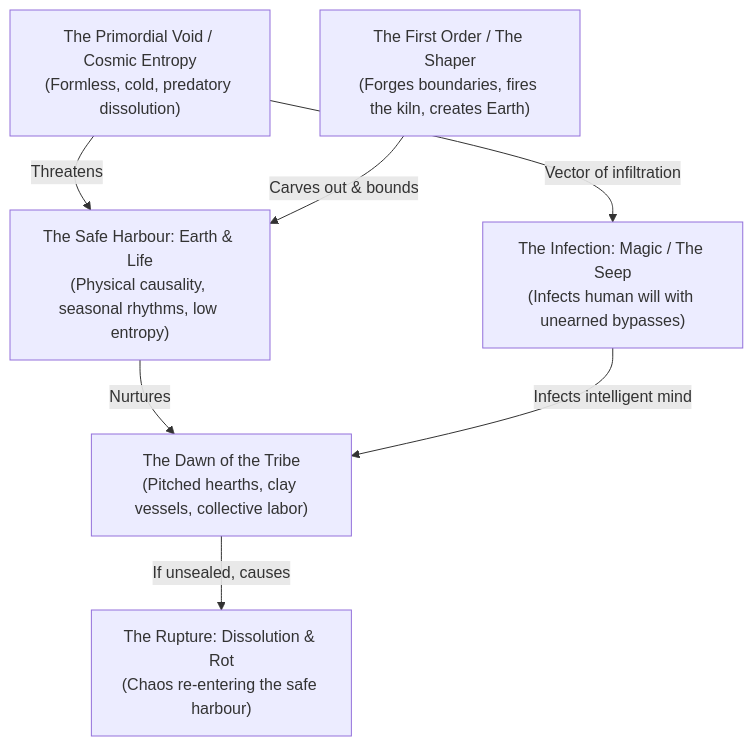
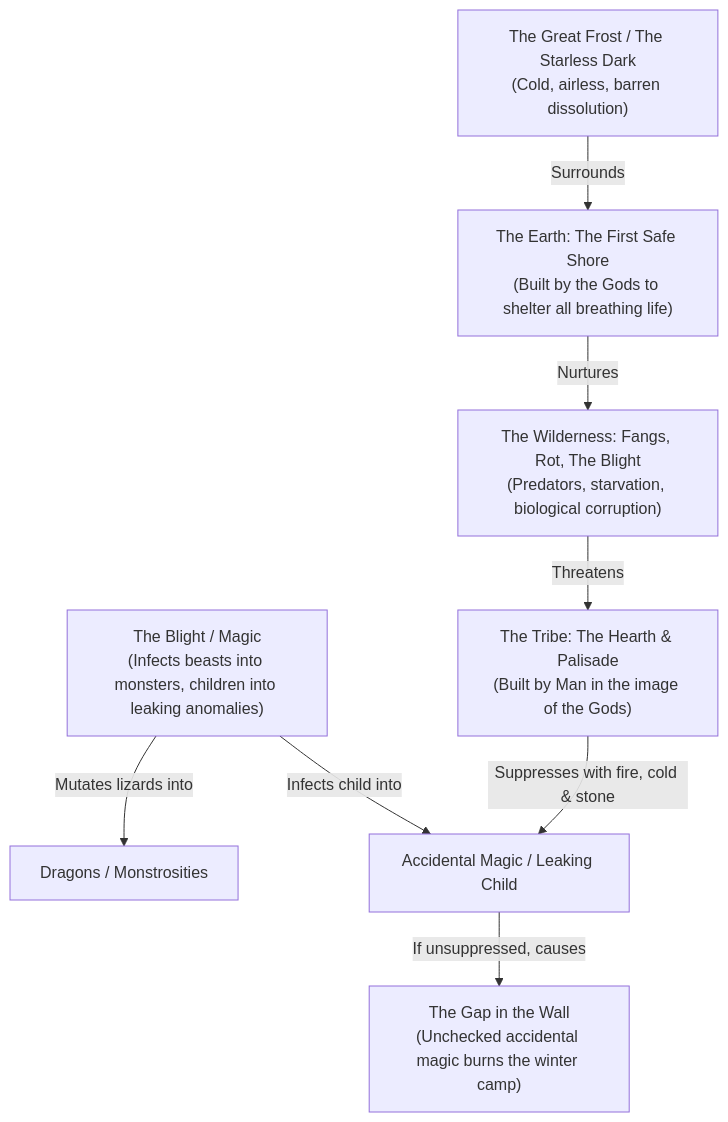
Before and after one commit to ImmortalWiz/wbc-library: the diagram in 01_theological_compendium/vesselist_doctrine/notes/pillar_01_mythos.md, drawn with Mermaid. The commit also changed other lines of this file, not shown here.

Commit message:
docs(theology): refine Pillar 1 Mythos with tribal vocabulary, nested sanctuaries, and accidental magic

````diff
--- a/01_theological_compendium/vesselist_doctrine/notes/pillar_01_mythos.md
+++ b/01_theological_compendium/vesselist_doctrine/notes/pillar_01_mythos.md
@@ -55,16 +40,17 @@
 ```mermaid
 flowchart TD
-    Chaos["The Primordial Void / Cosmic Entropy\n(Formless, cold, predatory dissolution)"]
-    Shaper["The First Order / The Shaper\n(Forges boundaries, fires the kiln, creates Earth)"]
-    Earth["The Safe Harbour: Earth & Life\n(Physical causality, seasonal rhythms, low entropy)"]
-    Tribe["The Dawn of the Tribe\n(Pitched hearths, clay vessels, collective labor)"]
-    Magic["The Infection: Magic / The Seep\n(Infects human will with unearned bypasses)"]
-    Rupture["The Rupture: Dissolution & Rot\n(Chaos re-entering the safe harbour)"]
+    Void["The Great Frost / The Starless Dark\n(Cold, airless, barren dissolution)"]
+    Earth["The Earth: The First Safe Shore\n(Built by the Gods to shelter all breathing life)"]
+    Wild["The Wilderness: Fangs, Rot, The Blight\n(Predators, starvation, biological corruption)"]
+    Tribe["The Tribe: The Hearth & Palisade\n(Built by Man in the image of the Gods)"]
+    Blight["The Blight / Magic\n(Infects beasts into monsters, children into leaking anomalies)"]
+    Rupture["The Gap in the Wall\n(Unchecked accidental magic burns the winter camp)"]
 
-    Chaos -->|Threatens| Earth
-    Shaper -->|Carves out & bounds| Earth
-    Earth -->|Nurtures| Tribe
-    Chaos -->|Vector of infiltration| Magic
-    Magic -->|Infects intelligent mind| Tribe
-    Tribe -->|If unsealed, causes| Rupture
+    Void -->|Surrounds| Earth
+    Earth -->|Nurtures| Wild
+    Wild -->|Threatens| Tribe
+    Blight -->|Mutates lizards into| Dragon["Dragons / Monstrosities"]
+    Blight -->|Infects child into| Accidental["Accidental Magic / Leaking Child"]
+    Accidental -->|If unsuppressed, causes| Rupture
+    Tribe -->|Suppresses with fire, cold & stone| Accidental
 ```
````
